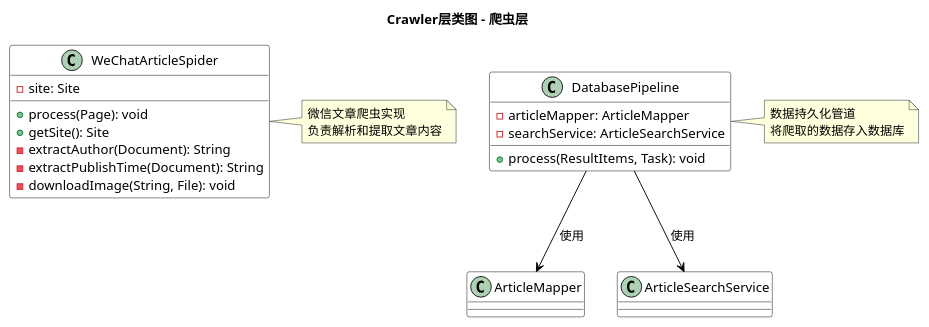
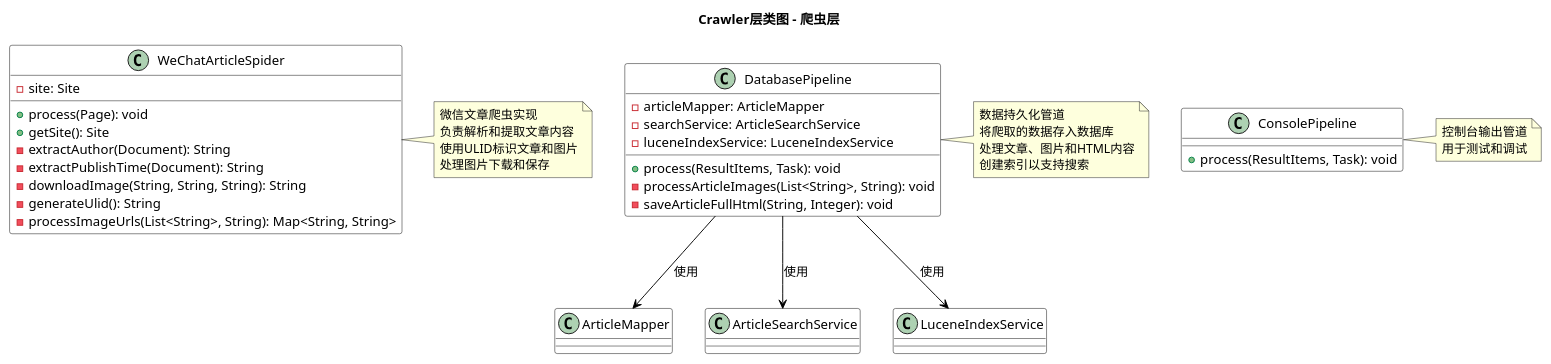
Before and after one commit to Changhuaishui/web2_7: the diagram in UML/crawler.puml, drawn with PlantUML. The commit also changed 5 other files, not shown here.

```diff
--- a/UML/crawler.puml
+++ b/UML/crawler.puml
@@ -1,39 +1,58 @@
 @startuml
 
 skinparam class {
     BackgroundColor White
     ArrowColor Black
     BorderColor Black
 }
 
 title Crawler层类图 - 爬虫层
 
 class WeChatArticleSpider {
     -site: Site
     +process(Page): void
     +getSite(): Site
     -extractAuthor(Document): String
     -extractPublishTime(Document): String
-    -downloadImage(String, File): void
+    -downloadImage(String, String, String): String
+    -generateUlid(): String
+    -processImageUrls(List<String>, String): Map<String, String>
 }
 
 class DatabasePipeline {
     -articleMapper: ArticleMapper
     -searchService: ArticleSearchService
+    -luceneIndexService: LuceneIndexService
+    +process(ResultItems, Task): void
+    -processArticleImages(List<String>, String): void
+    -saveArticleFullHtml(String, Integer): void
+}
+
+class ConsolePipeline {
     +process(ResultItems, Task): void
 }
 
 DatabasePipeline --> ArticleMapper: 使用
 DatabasePipeline --> ArticleSearchService: 使用
+DatabasePipeline --> LuceneIndexService: 使用
 
 note right of WeChatArticleSpider
   微信文章爬虫实现
   负责解析和提取文章内容
+  使用ULID标识文章和图片
+  处理图片下载和保存
 end note
 
 note right of DatabasePipeline
   数据持久化管道
   将爬取的数据存入数据库
+  处理文章、图片和HTML内容
+  创建索引以支持搜索
+end note
+
+note right of ConsolePipeline
+  控制台输出管道
+  用于测试和调试
 end note
 
 @enduml
```
